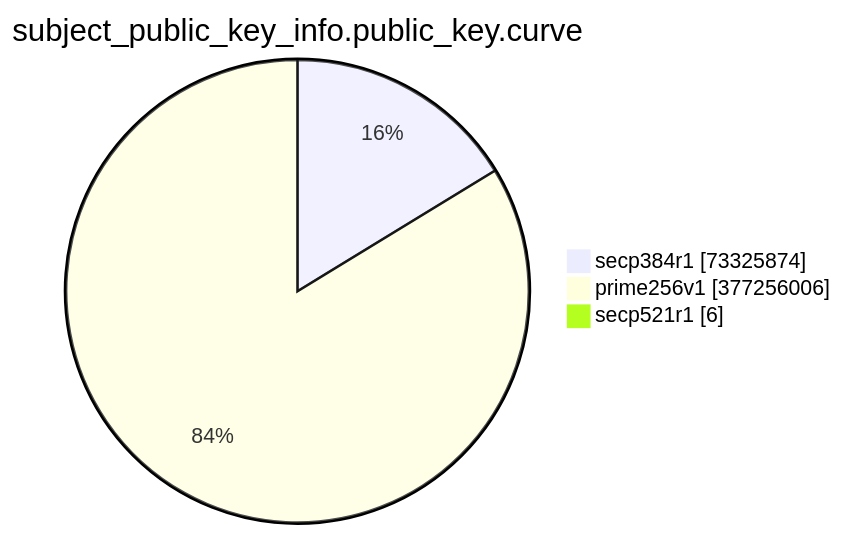
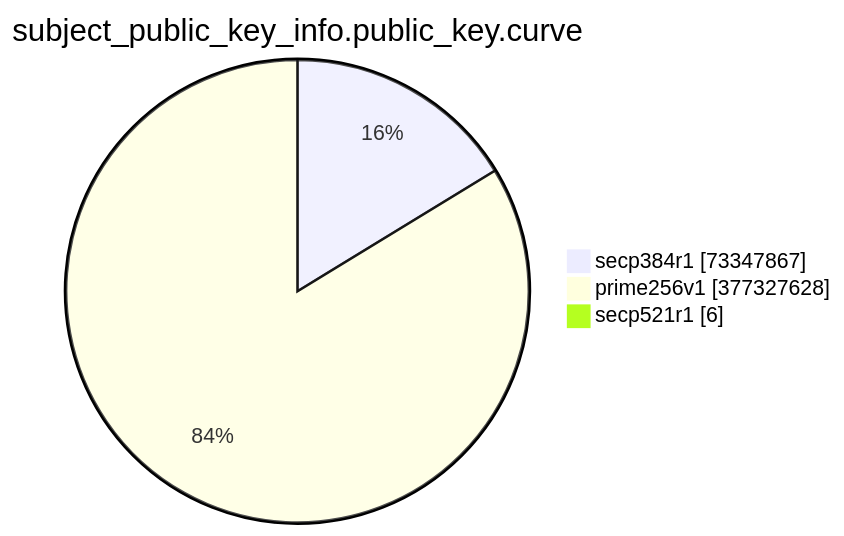
One commit to christiankrug/ctmonitor_visualization changed the eighth of 15 diagrams in TOTAL/README.md. Above: the diagram before and after it, drawn with Mermaid. The commit also changed other lines of this file, not shown here.

````diff
--- a/TOTAL/README.md
+++ b/TOTAL/README.md
@@ -3094,7 +3094,7 @@
 ```mermaid
 pie showData
 title subject_public_key_info.public_key.curve
-"secp384r1" :73325874
-"prime256v1" :377256006
+"secp384r1" :73347867
+"prime256v1" :377327628
 "secp521r1" :6
 ```
````
